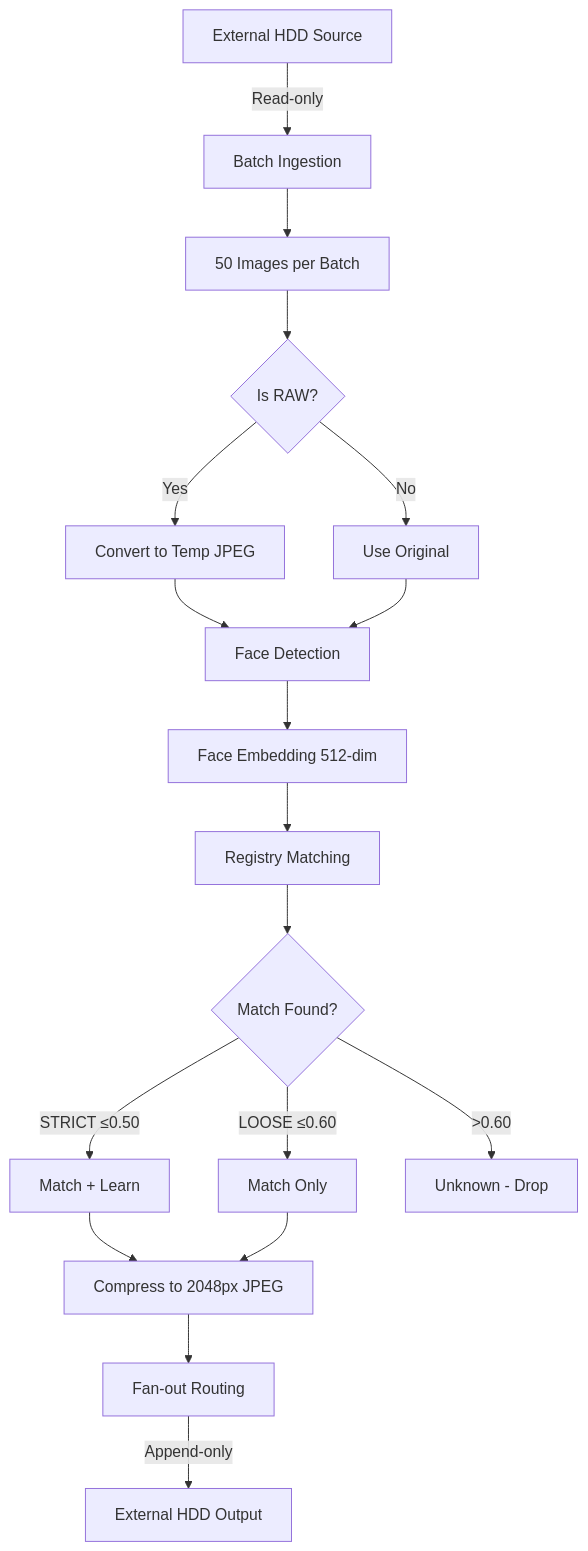
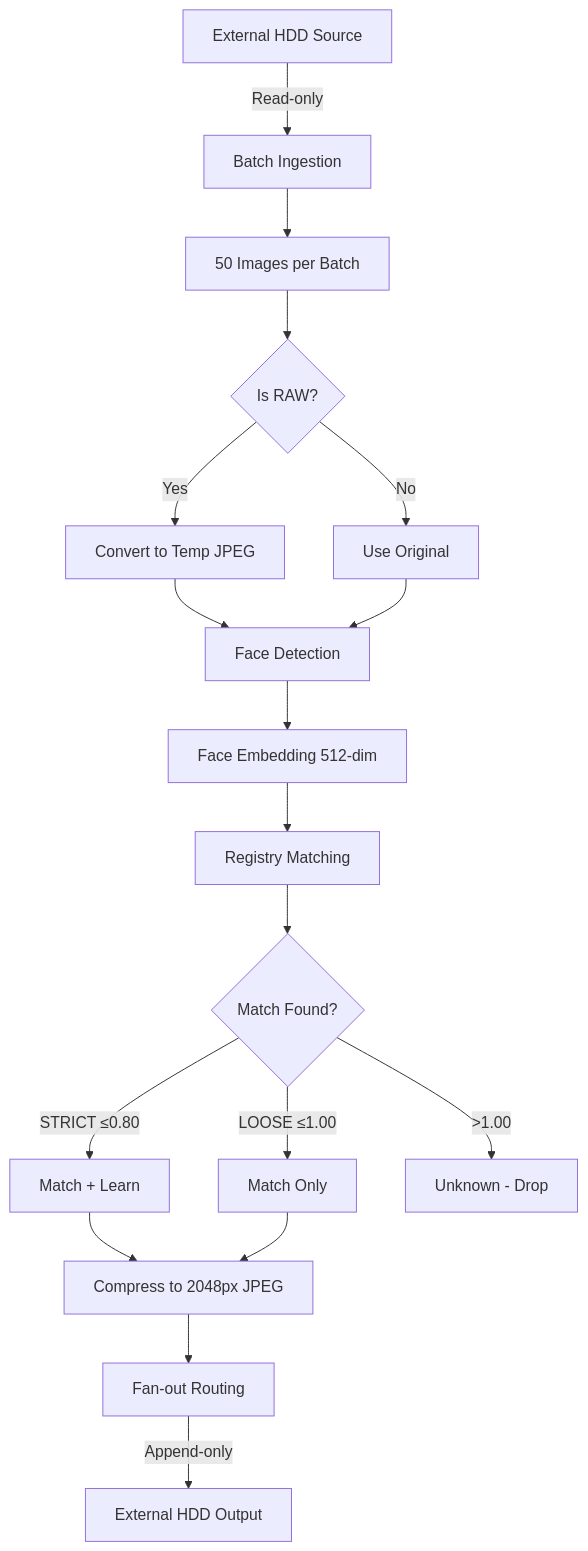
One commit to bhaskar-k123/sortface changed the first of 2 diagrams in README.md. Above: the diagram before and after it, drawn with Mermaid. The commit also changed other lines of this file, not shown here.

````diff
--- a/README.md
+++ b/README.md
@@ -98,20 +98,20 @@
 ```mermaid
 flowchart TD
     A[External HDD Source] -->|Read-only| B[Batch Ingestion]
     B --> C[50 Images per Batch]
     C --> D{Is RAW?}
     D -->|Yes| E[Convert to Temp JPEG]
     D -->|No| F[Use Original]
     E --> G[Face Detection]
     F --> G
     G --> H[Face Embedding 512-dim]
     H --> I[Registry Matching]
     I --> J{Match Found?}
-    J -->|STRICT ≤0.50| K[Match + Learn]
-    J -->|LOOSE ≤0.60| L[Match Only]
-    J -->|>0.60| M[Unknown - Drop]
+    J -->|STRICT ≤0.80| K[Match + Learn]
+    J -->|LOOSE ≤1.00| L[Match Only]
+    J -->|>1.00| M[Unknown - Drop]
     K --> N[Compress to 2048px JPEG]
     L --> N
     N --> O[Fan-out Routing]
     O -->|Append-only| P[External HDD Output]
 ```
````
